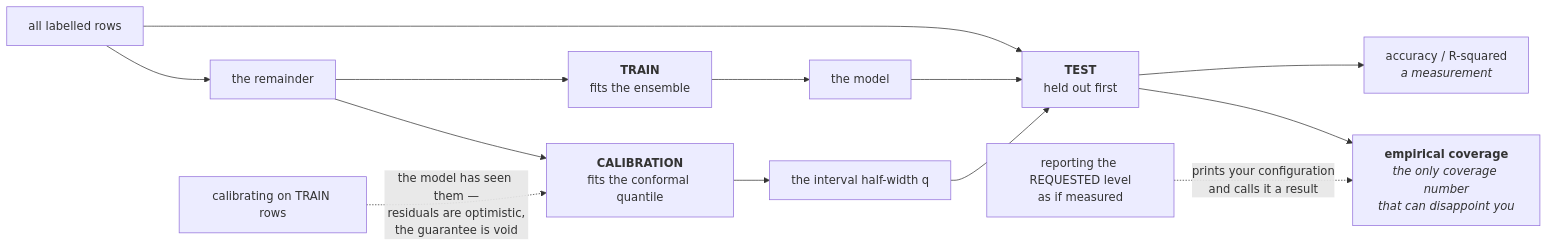
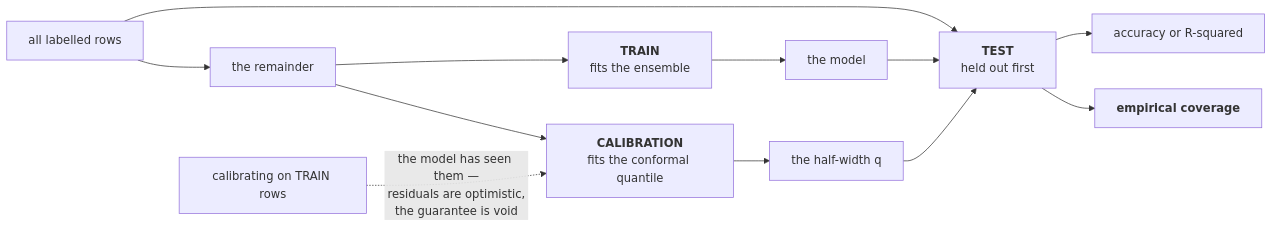
The third of 5 diagrams in docs/teaching/ml/40-diagrams.md (yrevash/aegis), drawn with Mermaid before and after one commit. The commit also changed other lines of this file and 111 other files, not shown here.

````diff
--- a/docs/teaching/ml/40-diagrams.md
+++ b/docs/teaching/ml/40-diagrams.md
@@ -72,19 +83,18 @@
 ```mermaid
 flowchart LR
     ALL["all labelled rows"] --> T["<b>TEST</b><br/>held out first"]
     ALL --> REST["the remainder"]
     REST --> TR["<b>TRAIN</b><br/>fits the ensemble"]
     REST --> CAL["<b>CALIBRATION</b><br/>fits the conformal quantile"]
 
     TR --> M["the model"]
-    CAL --> QQ["the interval half-width q"]
+    CAL --> QQ["the half-width q"]
 
     M --> T
     QQ --> T
 
-    T --> R1["accuracy / R-squared<br/><i>a measurement</i>"]
-    T --> R2["<b>empirical coverage</b><br/><i>the only coverage number<br/>that can disappoint you</i>"]
+    T --> R1["accuracy or R-squared"]
+    T --> R2["<b>empirical coverage</b>"]
 
     BAD["calibrating on TRAIN rows"] -.->|"the model has seen them —<br/>residuals are optimistic,<br/>the guarantee is void"| CAL
-    BAD2["reporting the REQUESTED level<br/>as if measured"] -.->|"prints your configuration<br/>and calls it a result"| R2
 ```
````
